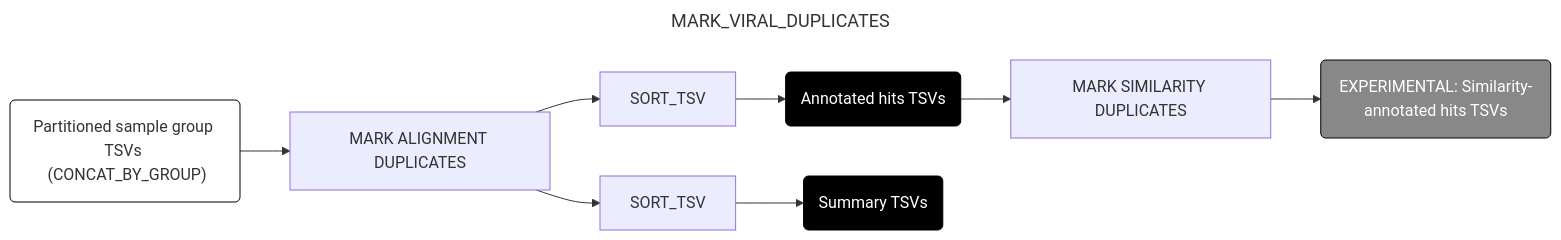
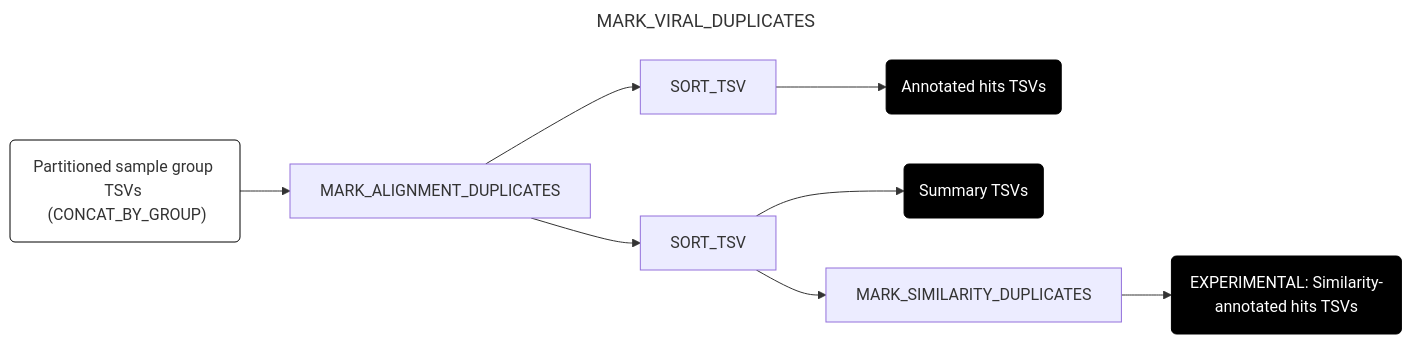
One commit to securebio/nao-mgs-workflow changed the fourth of 10 diagrams in docs/downstream.md. Above: the diagram before and after it, drawn with Mermaid.

````diff
--- a/docs/downstream.md
+++ b/docs/downstream.md
@@ -157,19 +157,19 @@
 ```mermaid
 ---
 title: MARK_VIRAL_DUPLICATES
 config:
   layout: horizontal
 ---
 flowchart LR
-A("Partitioned sample group TSVs <br> (CONCAT_BY_GROUP)") --> B[MARK ALIGNMENT DUPLICATES]
+A("Partitioned sample group TSVs <br> (CONCAT_BY_GROUP)") --> B[MARK_ALIGNMENT_DUPLICATES]
 B --> C[SORT_TSV]
 B --> D[SORT_TSV]
 C --> E(Annotated hits TSVs)
 D --> F(Summary TSVs)
-E --> G[MARK SIMILARITY DUPLICATES]
+D --> G[MARK_SIMILARITY_DUPLICATES]
 G --> H(EXPERIMENTAL: Similarity-annotated hits TSVs)
 style A fill:#fff,stroke:#000
 style E fill:#000,color:#fff,stroke:#000
 style F fill:#000,color:#fff,stroke:#000
-style H fill:#888,color:#fff,stroke:#000
+style H fill:#000,color:#fff,stroke:#000
 ```
````
